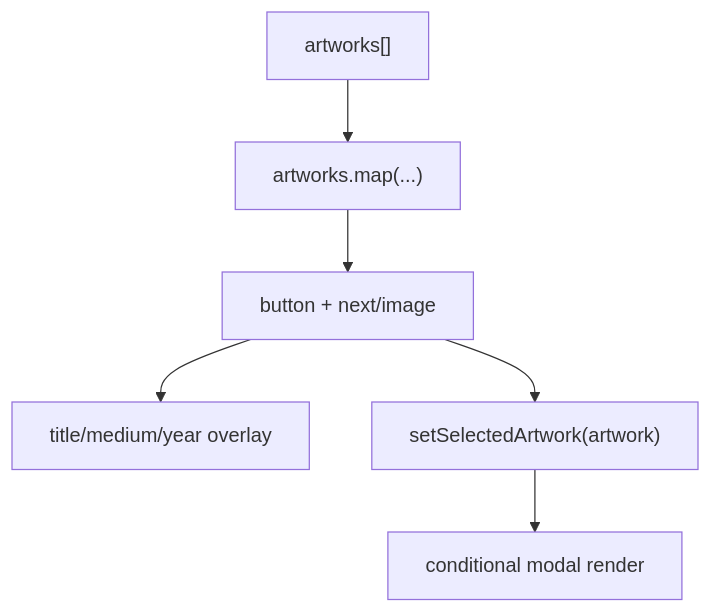
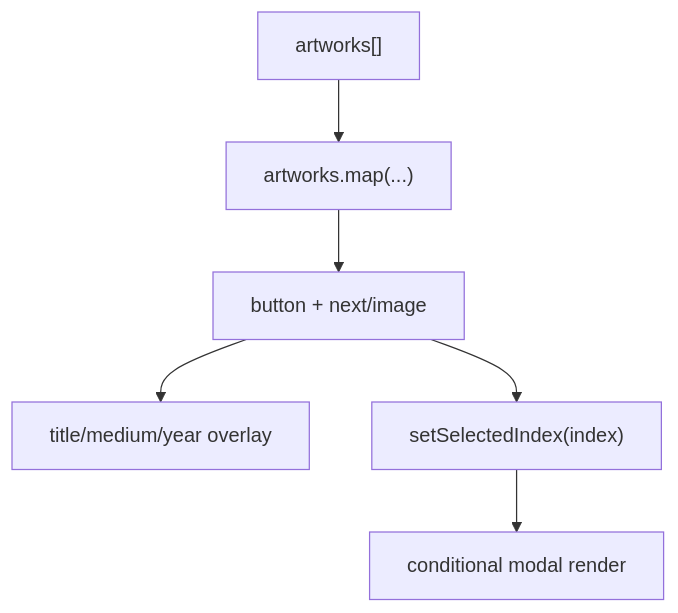
One commit to vele616/website-black-vomit changed the diagram in lode/ui/portfolio-grid.md. Above: the diagram before and after it, drawn with Mermaid. The commit also changed other lines of this file and 2 other files, not shown here.

````diff
--- a/lode/ui/portfolio-grid.md
+++ b/lode/ui/portfolio-grid.md
@@ -11,8 +11,8 @@
 ```mermaid
 flowchart TD
   Data["artworks[]"] --> Map["artworks.map(...)"]
   Map --> Card["button + next/image"]
   Card --> Overlay["title/medium/year overlay"]
-  Card --> Select["setSelectedArtwork(artwork)"]
+  Card --> Select["setSelectedIndex(index)"]
   Select --> Lightbox["conditional modal render"]
 ```
````
